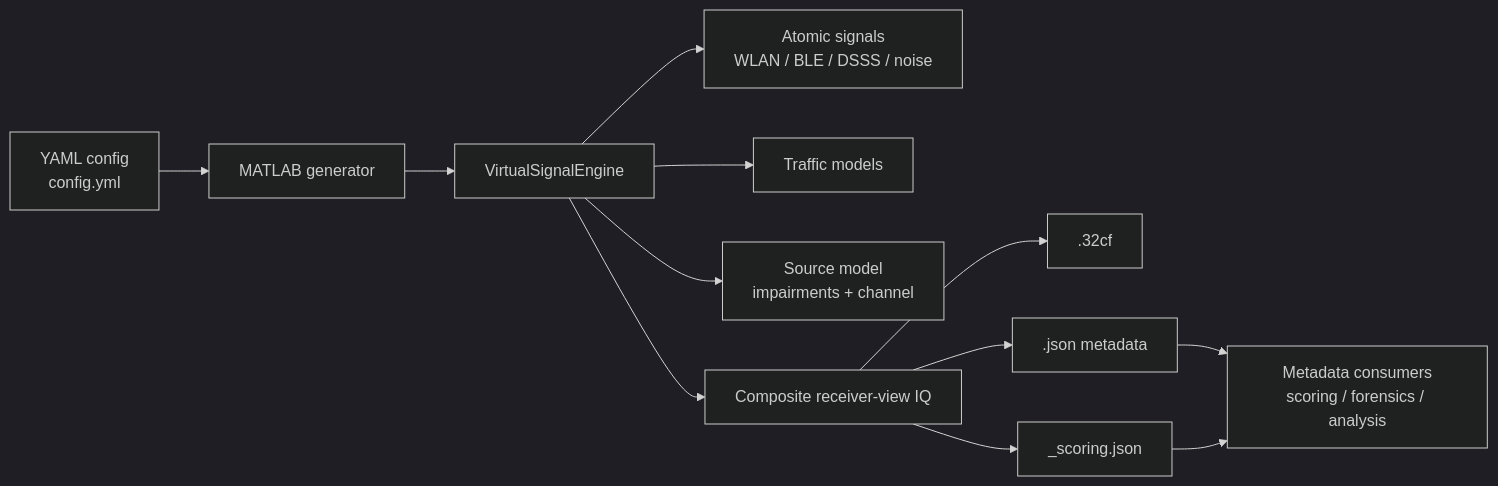
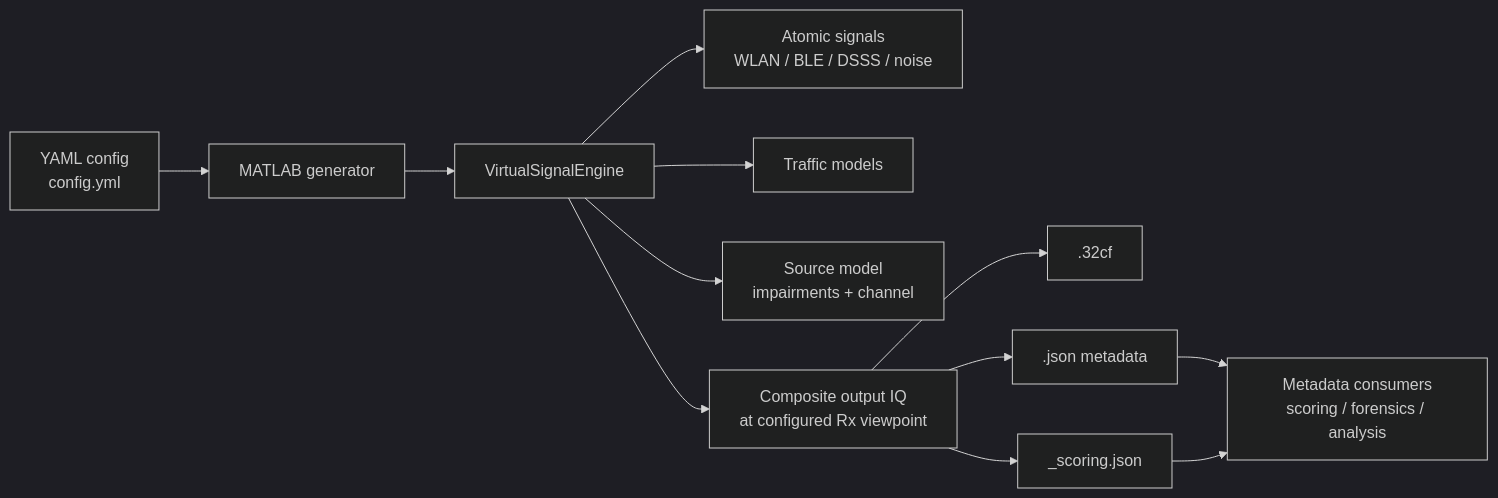
One commit to ucsdwcsng/rfsynth changed the first of 5 diagrams in README.md. Above: the diagram before and after it, drawn with Mermaid (dark theme). The commit also changed other lines of this file, not shown here.

````diff
--- a/README.md
+++ b/README.md
@@ -26,14 +184,14 @@
 ```mermaid
 flowchart LR
     A["YAML config<br/>config.yml"] --> B["MATLAB generator"]
     B --> C["VirtualSignalEngine"]
     C --> D["Atomic signals<br/>WLAN / BLE / DSSS / noise"]
     C --> E["Traffic models"]
     C --> F["Source model<br/>impairments + channel"]
-    C --> G["Composite receiver-view IQ"]
+    C --> G["Composite output IQ<br/>at configured Rx viewpoint"]
     G --> H[".32cf"]
     G --> I[".json metadata"]
     G --> J["_scoring.json"]
     I --> K["Metadata consumers<br/>scoring / forensics / analysis"]
     J --> K
 ```
````
